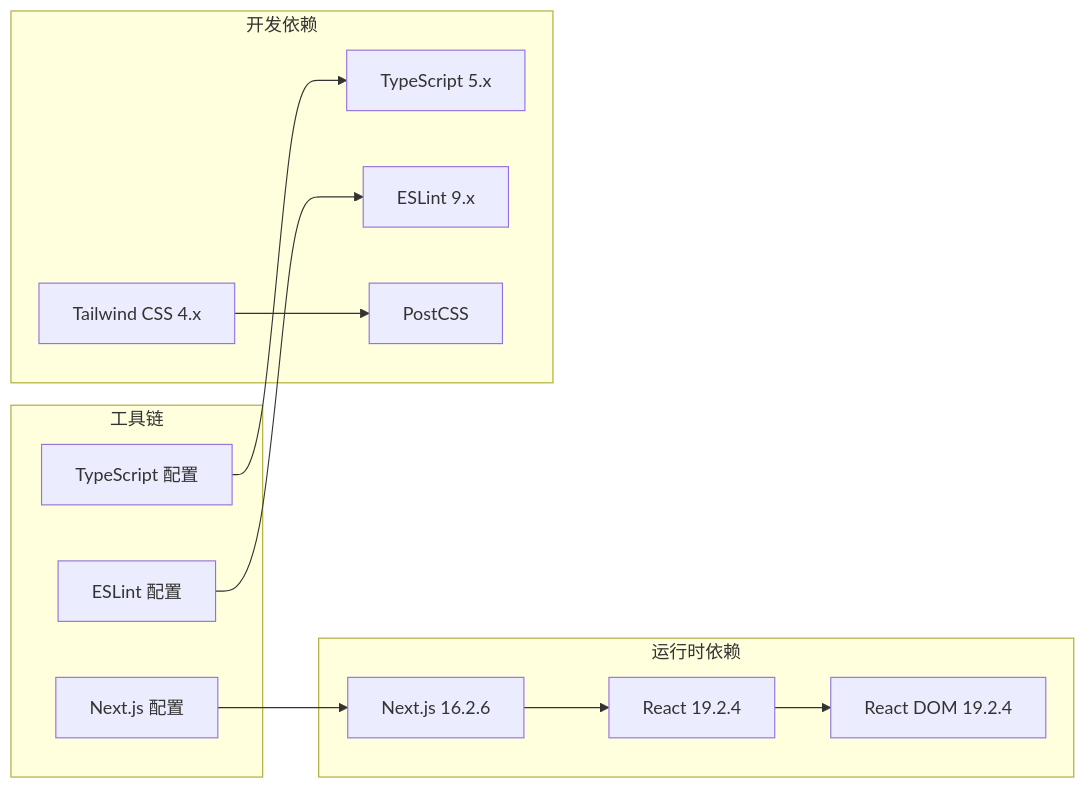
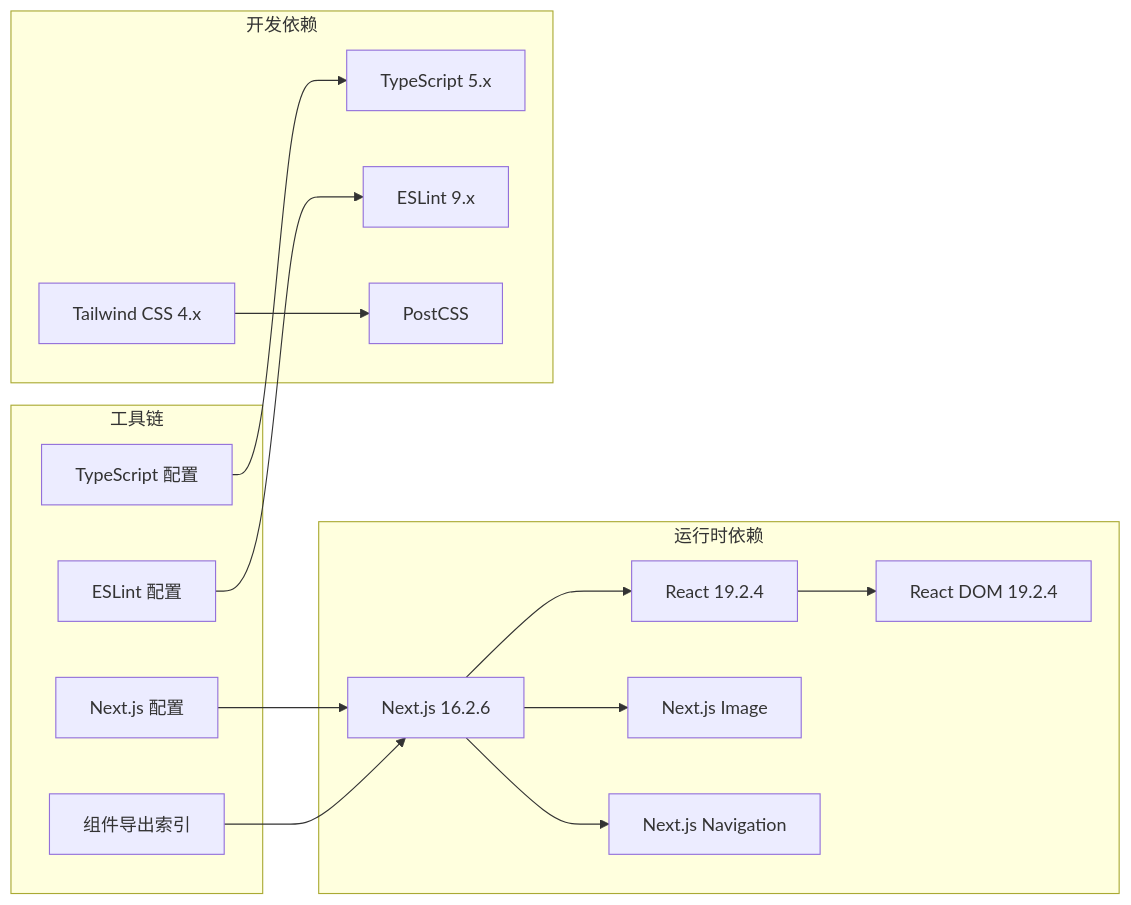
Before and after one commit to caoLei1997/Blog: diagram 11 of 11 in .qoder/repowiki/zh/content/组件开发指南/组件开发指南.md, drawn with Mermaid. The commit also changed other lines of this file and 27 other files, not shown here.

````diff
--- a/.qoder/repowiki/zh/content/组件开发指南/组件开发指南.md
+++ b/.qoder/repowiki/zh/content/组件开发指南/组件开发指南.md
@@ -299,25 +555,31 @@
 ```mermaid
 graph LR
 subgraph "运行时依赖"
 Next[Next.js 16.2.6]
 React[React 19.2.4]
 ReactDOM[React DOM 19.2.4]
+NextImage[Next.js Image]
+NextNavigation[Next.js Navigation]
 end
 subgraph "开发依赖"
 Tailwind[Tailwind CSS 4.x]
 TypeScript[TypeScript 5.x]
 ESLint[ESLint 9.x]
 PostCSS[PostCSS]
 end
 subgraph "工具链"
 NextConfig[Next.js 配置]
 TsConfig[TypeScript 配置]
 EslintConfig[ESLint 配置]
+ComponentIndex[组件导出索引]
 end
 Next --> React
 React --> ReactDOM
+Next --> NextImage
+Next --> NextNavigation
 NextConfig --> Next
 TsConfig --> TypeScript
 EslintConfig --> ESLint
+ComponentIndex --> Next
 Tailwind --> PostCSS
 ```
````
